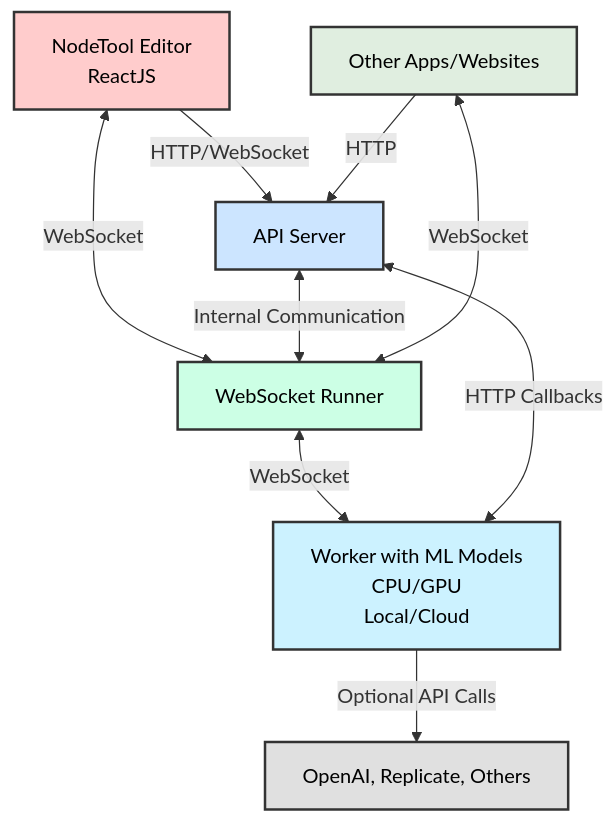
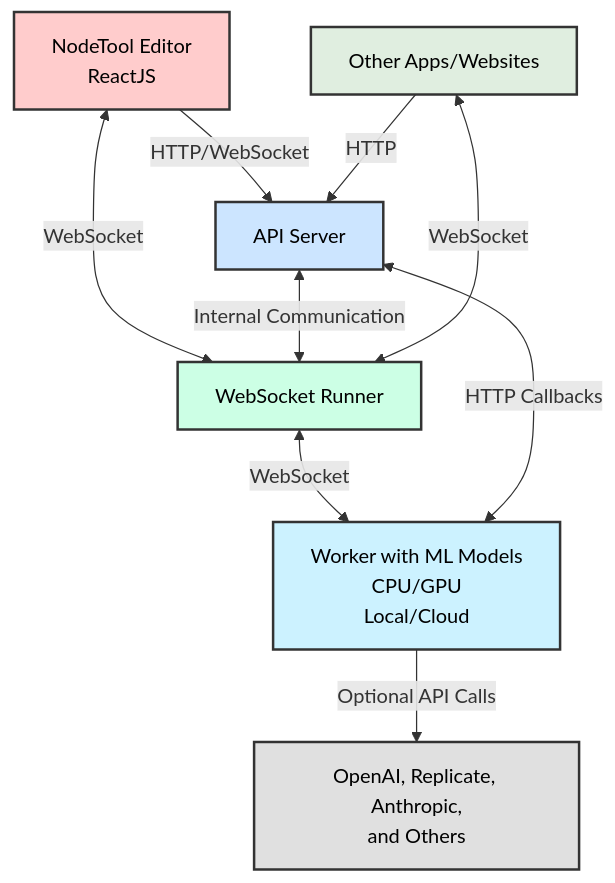
Before and after one commit to nodetool-ai/nodetool: the diagram in README.md, drawn with Mermaid. The commit also changed other lines of this file, not shown here.

````diff
--- a/README.md
+++ b/README.md
@@ -110,28 +137,28 @@
 ```mermaid
 graph TD
 A[NodeTool Editor<br>ReactJS] -->|HTTP/WebSocket| B[API Server]
 A <-->|WebSocket| C[WebSocket Runner]
 B <-->|Internal Communication| C
 C <-->|WebSocket| D[Worker with ML Models<br>CPU/GPU<br>Local/Cloud]
 D <-->|HTTP Callbacks| B
 E[Other Apps/Websites] -->|HTTP| B
 E <-->|WebSocket| C
-D -->|Optional API Calls| F[OpenAI, Replicate, Others]
+D -->|Optional API Calls| F[OpenAI, Replicate, Anthropic,<br>and Others]
 
 
     classDef default fill:#e0eee0,stroke:#333,stroke-width:2px,color:#000;
     classDef frontend fill:#ffcccc,stroke:#333,stroke-width:2px,color:#000;
     classDef server fill:#cce5ff,stroke:#333,stroke-width:2px,color:#000;
     classDef runner fill:#ccffe5,stroke:#333,stroke-width:2px,color:#000;
     classDef worker fill:#ccf2ff,stroke:#333,stroke-width:2px,color:#000;
     classDef api fill:#e0e0e0,stroke:#333,stroke-width:2px,color:#000;
     classDef darkgray fill:#a9a9a9,stroke:#333,stroke-width:2px,color:#000;
 
 
     class A frontend;
     class B server;
     class C runner;
     class D worker;
     class E other;
     class F,G,H api;
 ```
````
